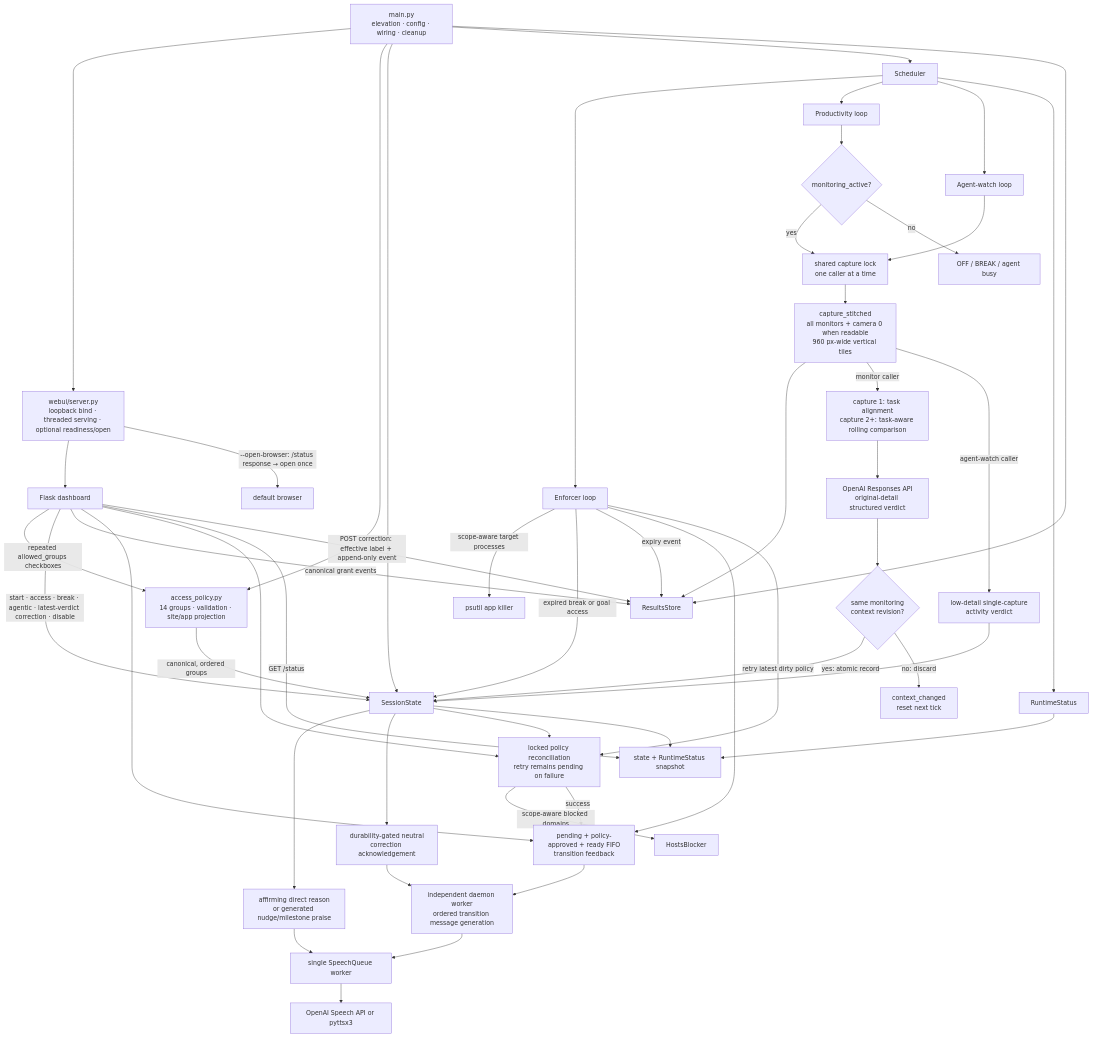
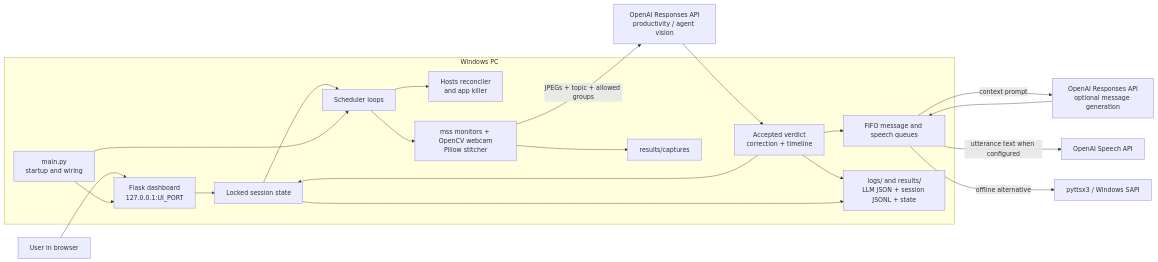
Before and after one commit to BurnyCoder/deep-work-jarvis-waifu-supervisor: the diagram in README.md, drawn with Mermaid. The commit also changed other lines of this file and 7 other files, not shown here.

````diff
--- a/README.md
+++ b/README.md
@@ -292,57 +47,29 @@
 ```mermaid
-flowchart TD
-    Main["main.py<br/>elevation · config · wiring · cleanup"] --> Server["webui/server.py<br/>loopback bind · threaded serving · optional readiness/open"]
-    Server --> UI["Flask dashboard"]
-    Server -- "--open-browser: /status response → open once" --> Browser["default browser"]
-    Main --> Policy["access_policy.py<br/>14 groups · validation · site/app projection"]
-    Main --> State["SessionState"]
-    Main --> Scheduler["Scheduler"]
-    Main --> Store["ResultsStore"]
+flowchart LR
+    User["User in browser"] --> UI["Flask dashboard<br/>127.0.0.1:UI_PORT"]
 
-    UI -- "repeated allowed_groups checkboxes" --> Policy
-    Policy -- "canonical, ordered groups" --> State
-    UI -- "start · access · break · agentic · latest-verdict correction · disable" --> State
-    UI -- "canonical grant events" --> Store
-    UI --> GoalFeedback["pending + policy-approved + ready FIFO<br/>transition feedback"]
-    UI --> Reconcile["locked policy reconciliation<br/>retry remains pending on failure"]
-    UI -- "GET /status" --> Status["state + RuntimeStatus snapshot"]
+    subgraph PC["Windows PC"]
+        Main["main.py<br/>startup and wiring"]
+        UI --> State["Locked session state"]
+        State --> Scheduler["Scheduler loops"]
+        Scheduler --> Enforcer["Hosts reconciler<br/>and app killer"]
+        Scheduler --> Capture["mss monitors + OpenCV webcam<br/>Pillow stitcher"]
+        Capture --> Store["results/captures"]
+        Verdict["Accepted verdict<br/>correction + timeline"]
+        Feedback["FIFO message and speech queues"]
+        Store2["logs/ and results/<br/>LLM JSON + session JSONL + state"]
+    end
 
-    Scheduler --> Enforcer["Enforcer loop"]
-    Enforcer -- "scope-aware target processes" --> AppKiller["psutil app killer"]
-    Enforcer -- "expired break or goal access" --> State
-    Enforcer -- "expiry event" --> Store
-    Enforcer --> GoalFeedback
-    Enforcer -- "retry latest dirty policy" --> Reconcile
-    Reconcile -- "scope-aware blocked domains" --> Hosts["HostsBlocker"]
-    Reconcile -- "success" --> GoalFeedback
-    GoalFeedback --> TransitionVoice["independent daemon worker<br/>ordered transition message generation"]
-
-    Scheduler --> Monitor["Productivity loop"]
-    Monitor --> Gate{"monitoring_active?"}
-    Gate -- "yes" --> CaptureLock["shared capture lock<br/>one caller at a time"]
-    Gate -- "no" --> Paused["OFF / BREAK / agent busy"]
-    CaptureLock --> Capture["capture_stitched<br/>all monitors + camera 0 when readable<br/>960 px-wide vertical tiles"]
-    Capture --> Store
-    Capture -- "monitor caller" --> Analyzer["capture 1: task alignment<br/>capture 2+: task-aware rolling comparison"]
-    Analyzer --> Vision["OpenAI Responses API<br/>original-detail structured verdict"]
-    Vision --> ContextGate{"same monitoring<br/>context revision?"}
-    ContextGate -- "yes: atomic record" --> State
-    ContextGate -- "no: discard" --> Stale["context_changed<br/>reset next tick"]
-    State --> Feedback["affirming direct reason<br/>or generated nudge/milestone praise"]
-    UI -- "POST correction: effective label + append-only event" --> Store
-    State --> CorrectionFeedback["durability-gated neutral<br/>correction acknowledgement"]
-    CorrectionFeedback --> TransitionVoice
-    Feedback --> Speech["single SpeechQueue worker"]
-    TransitionVoice --> Speech
-    Speech --> TTS["OpenAI Speech API or pyttsx3"]
-
-    Scheduler --> AgentWatch["Agent-watch loop"]
-    AgentWatch --> CaptureLock
-    Capture -- "agent-watch caller" --> AgentVision["low-detail single-capture<br/>activity verdict"]
-    AgentVision --> State
-    State --> Reconcile
-
-    Scheduler --> Runtime["RuntimeStatus"]
-    Runtime --> Status
-    State --> Status
+    Main --> UI
+    Main --> Scheduler
+    Capture -->|"JPEGs + topic + allowed groups"| Vision["OpenAI Responses API<br/>productivity / agent vision"]
+    Vision --> Verdict
+    Verdict --> State
+    Verdict --> Store2
+    Verdict --> Feedback
+    State --> Store2
+    Feedback -->|"context prompt"| Text["OpenAI Responses API<br/>optional message generation"]
+    Text --> Feedback
+    Feedback -->|"utterance text when configured"| Speech["OpenAI Speech API"]
+    Feedback -->|"offline alternative"| SAPI["pyttsx3 / Windows SAPI"]
 ```
````
